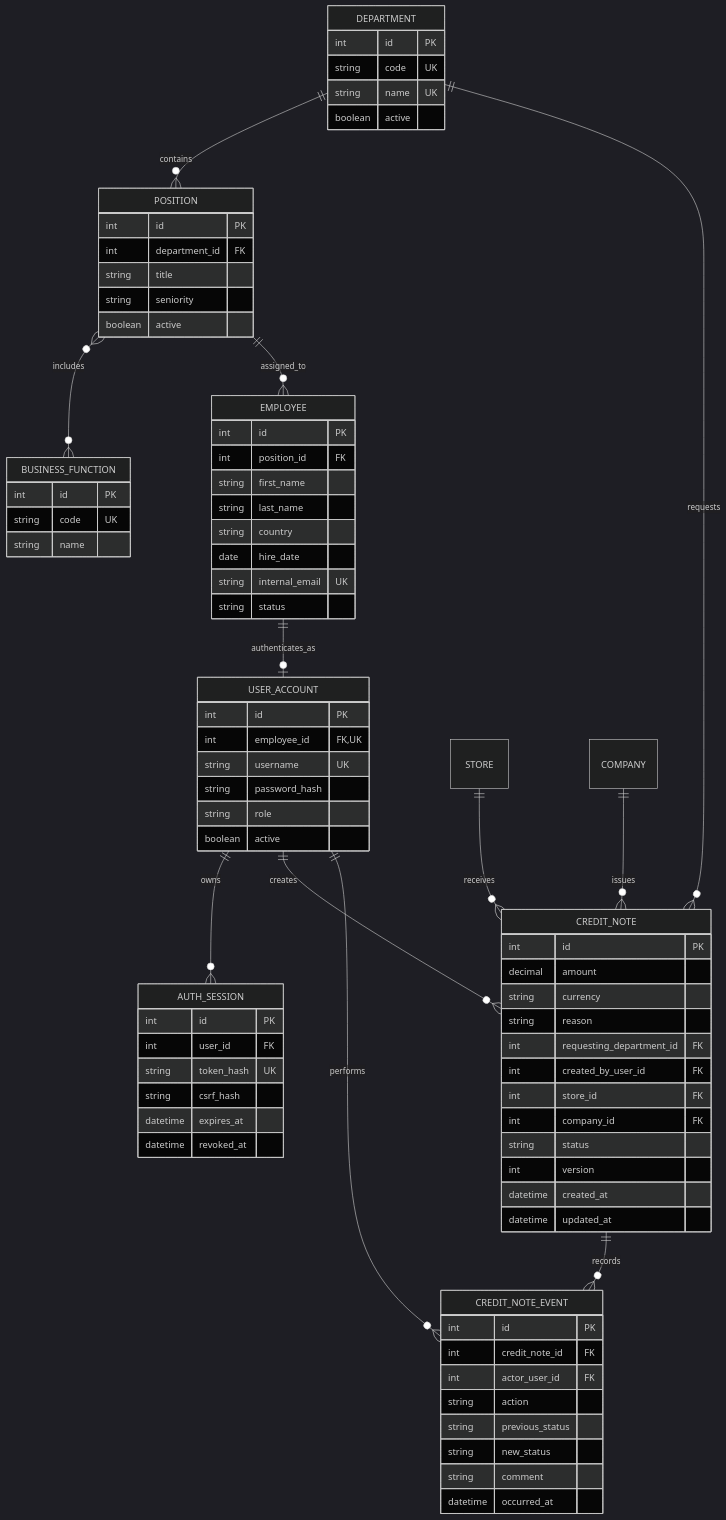
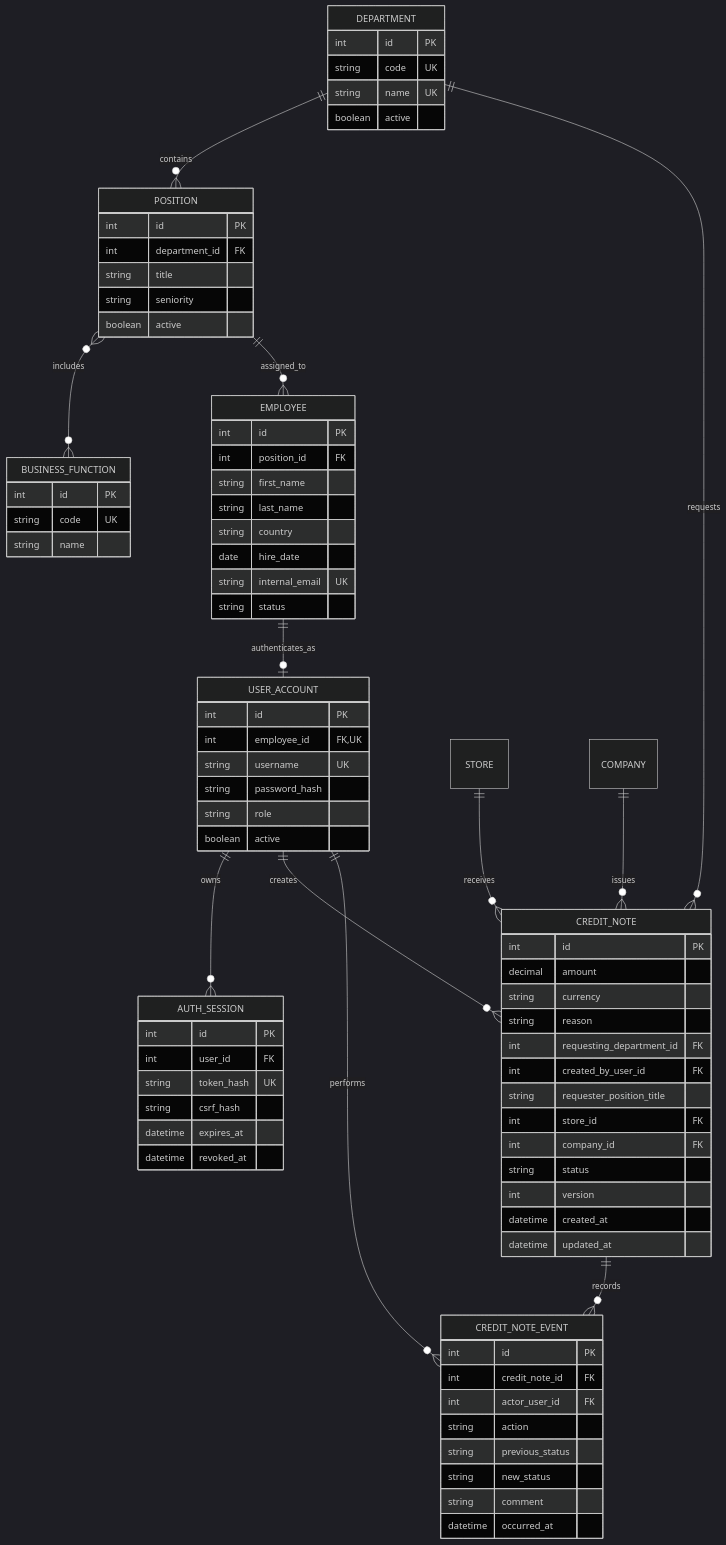
The diagram in docs/ERD.md (alfonsomedinafmtd/Flujo-de-Aprobaci-n-de-Notas-de-Cr-dito), drawn with Mermaid (dark theme) before and after one commit. The commit also changed other lines of this file and 29 other files, not shown here.

```diff
--- a/docs/ERD.md
+++ b/docs/ERD.md
@@ -65,6 +65,7 @@
         string reason
         int requesting_department_id FK
         int created_by_user_id FK
+        string requester_position_title
         int store_id FK
         int company_id FK
         string status
```
